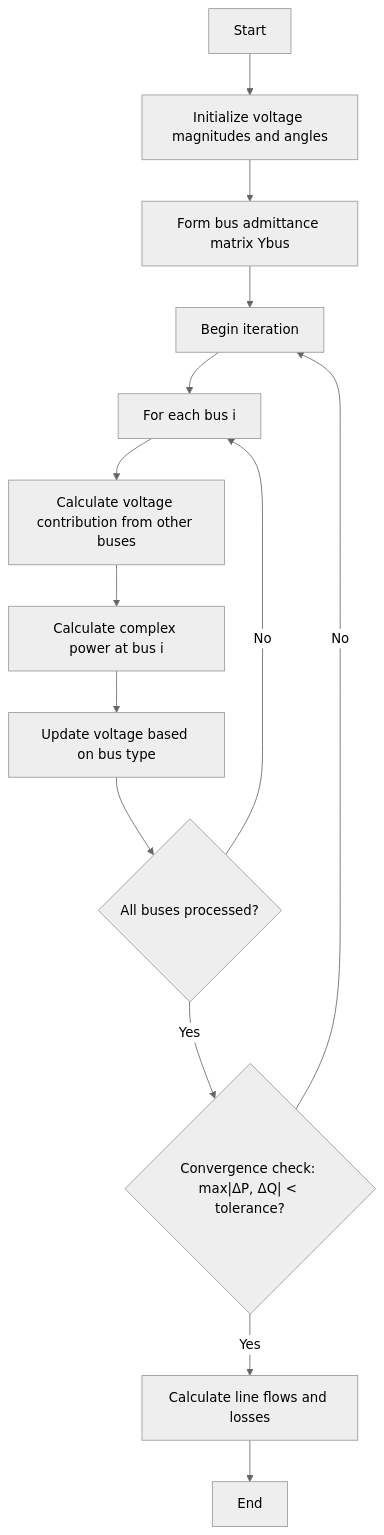
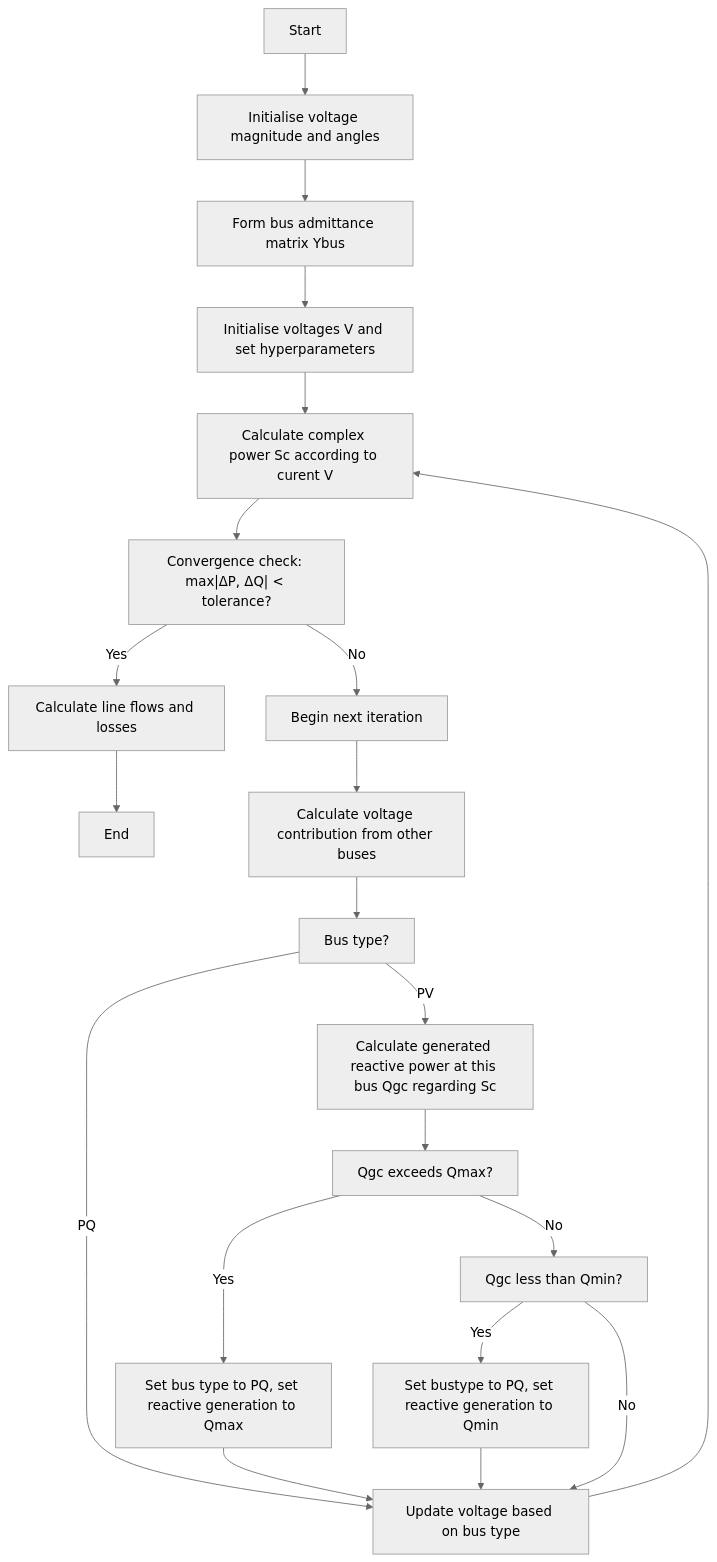
One commit to AmirHB98/power-system-analysis changed the diagram in docs/gauss_seidel.md. Above: the diagram before and after it, drawn with Mermaid (neutral theme). The commit also changed other lines of this file, not shown here.

Commit message:
New flowchart version for gauss method

````diff
--- a/docs/gauss_seidel.md
+++ b/docs/gauss_seidel.md
@@ -39,16 +53,25 @@
 ```mermaid
 flowchart TD
-    A[Start] --> B[Initialize voltage magnitudes and angles]
+    A[Start] --> B[Initialise voltage magnitude and angles]
     B --> C[Form bus admittance matrix Ybus]
-    C --> D[Begin iteration]
-    D --> E[For each bus i]
-    E --> F[Calculate voltage contribution from other buses]
-    F --> G[Calculate complex power at bus i]
-    G --> H[Update voltage based on bus type]
-    H --> I{All buses processed?}
-    I -->|No| E
-    I -->|Yes| J{"Convergence check: max|ΔP, ΔQ| < tolerance?"}
-    J -->|Yes| K[Calculate line flows and losses]
-    J -->|No| D
-    K --> L[End]
+    C --> D[Initialise voltages V and set hyperparameters]
+    D --> E[Calculate complex power Sc according to curent V]
+    E --> O["Convergence check: max|ΔP, ΔQ| < tolerance?"]
+    O --> |No| F[Begin next iteration]
+    O --> |Yes| P[Calculate line flows and losses]
+    P --> Q[End]
+    F --> G[Calculate voltage contribution from other buses]
+    G --> H[Bus type?]
+    H --> |PV| I[Calculate generated reactive power at this bus Qgc regarding Sc]
+    H --> |PQ| J[Update voltage based on bus type]
+    I --> K[Qgc exceeds Qmax?]
+    K --> |Yes| L[Set bus type to PQ, set reactive generation to Qmax]
+    L --> J
+    K --> |No| M[Qgc less than Qmin?]
+    M --> |Yes| N[Set bustype to PQ, set reactive generation to Qmin]
+    N --> J
+    M --> |No| J
+    J --> E
+
+
 ```
````
